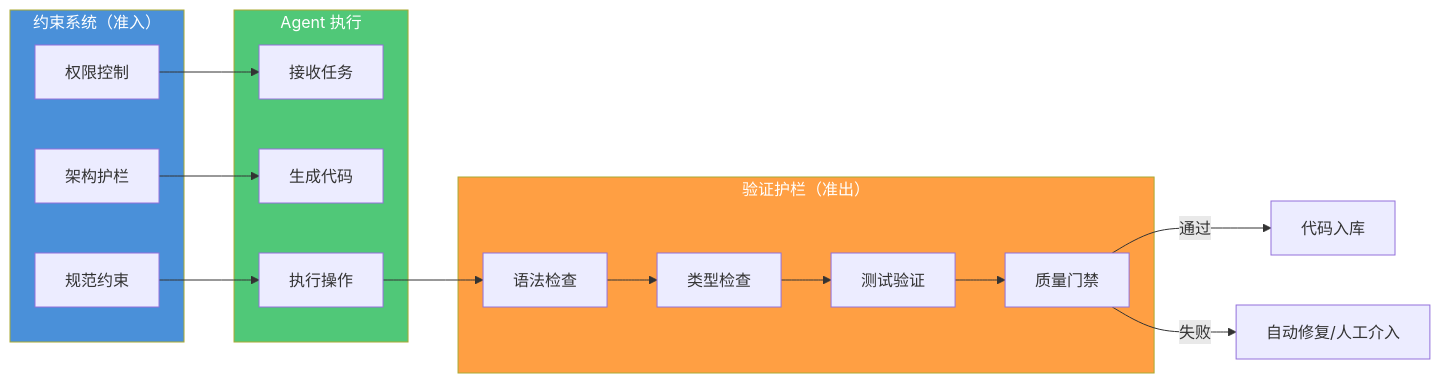
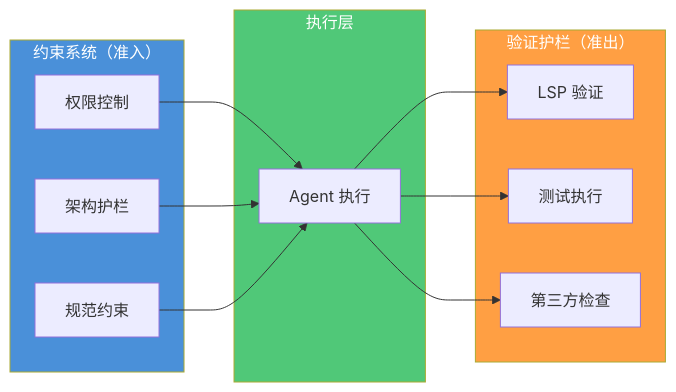
Before and after one commit to tonydeng/harness-engineering-from-oc-to-ai-coding: the first of 3 diagrams in src/02-core-concepts/validation-harness.md, drawn with Mermaid. The commit also changed other lines of this file and 331 other files, not shown here.

````diff
--- a/src/02-core-concepts/validation-harness.md
+++ b/src/02-core-concepts/validation-harness.md
@@ -64,35 +93,29 @@
 ```mermaid
 flowchart LR
     subgraph 约束系统["约束系统（准入）"]
         C1[权限控制]
         C2[架构护栏]
         C3[规范约束]
     end
     
-    subgraph Agent执行["Agent 执行"]
-        A1[接收任务]
-        A2[生成代码]
-        A3[执行操作]
+    subgraph 执行层["执行层"]
+        E1[Agent 执行]
     end
     
     subgraph 验证护栏["验证护栏（准出）"]
-        V1[语法检查]
-        V2[类型检查]
-        V3[测试验证]
-        V4[质量门禁]
+        V1[LSP 验证]
+        V2[测试执行]
+        V3[第三方检查]
     end
     
-    C1 --> A1
-    C2 --> A2
-    C3 --> A3
-    A3 --> V1
-    V1 --> V2
-    V2 --> V3
-    V3 --> V4
-    V4 --> |通过| 输出[代码入库]
-    V4 --> |失败| 修复[自动修复/人工介入]
+    C1 --> E1
+    C2 --> E1
+    C3 --> E1
+    E1 --> V1
+    E1 --> V2
+    E1 --> V3
     
     style 约束系统 fill:#4A90D9,color:#fff
-    style Agent执行 fill:#50C878,color:#fff
+    style 执行层 fill:#50C878,color:#fff
     style 验证护栏 fill:#FF9F43,color:#fff
 ```
````
